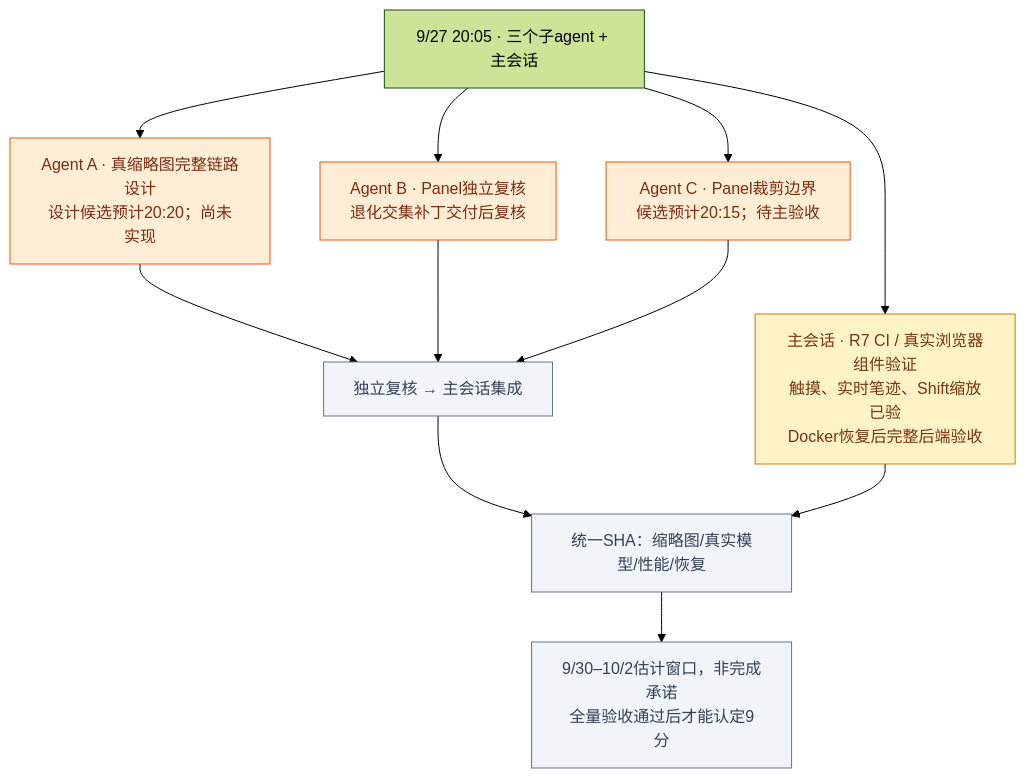
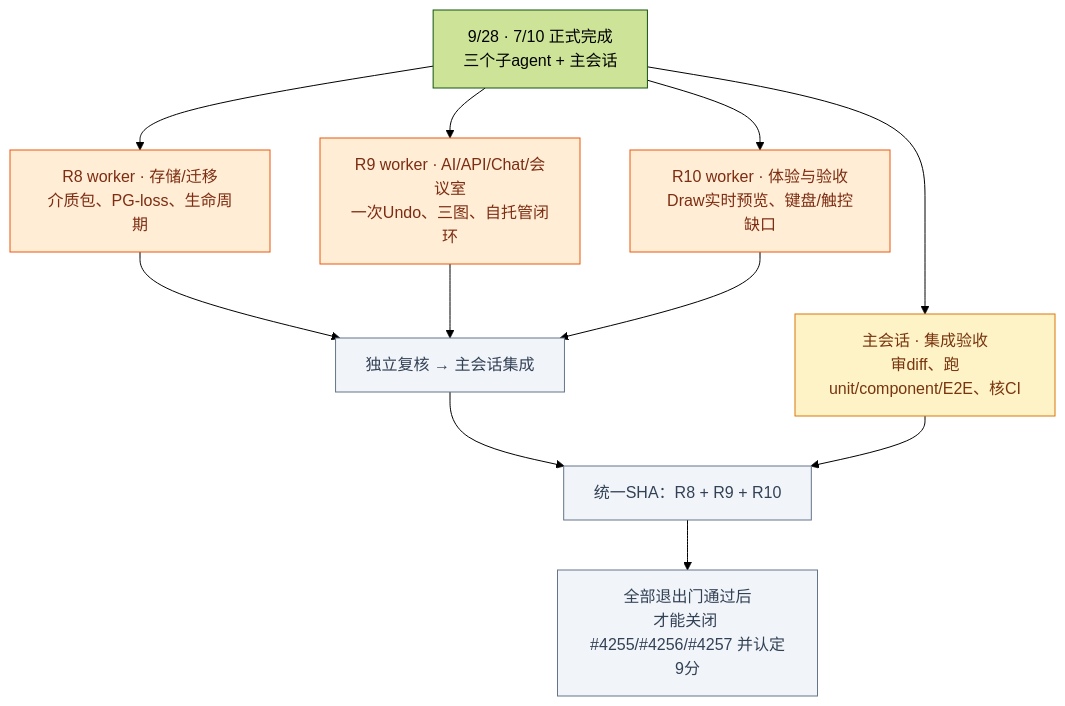
One commit to boardx/workspacex changed the second of 4 diagrams in phases/phase-19-board-visual-workspace/design-deltas/2026-09-26-unified-board-plan.md. Above: the diagram before and after it, drawn with Mermaid (forest theme). The commit also changed other lines of this file, not shown here.

````diff
--- a/phases/phase-19-board-visual-workspace/design-deltas/2026-09-26-unified-board-plan.md
+++ b/phases/phase-19-board-visual-workspace/design-deltas/2026-09-26-unified-board-plan.md
@@ -83,16 +66,16 @@
 ```mermaid
 flowchart TB
-  START["9/27 20:05 · 三个子agent + 主会话"] --> A["Agent A · 真缩略图完整链路设计<br/>设计候选预计20:20；尚未实现"]:::active
-  START --> B["Agent B · Panel独立复核<br/>退化交集补丁交付后复核"]:::active
-  START --> C["Agent C · Panel裁剪边界<br/>候选预计20:15；待主验收"]:::active
-  START --> M["主会话 · R7 CI / 真实浏览器组件验证<br/>触摸、实时笔迹、Shift缩放已验<br/>Docker恢复后完整后端验收"]:::testing
+  START["9/28 · 7/10 正式完成<br/>三个子agent + 主会话"] --> A["R8 worker · 存储/迁移<br/>介质包、PG-loss、生命周期"]:::active
+  START --> B["R9 worker · AI/API/Chat/会议室<br/>一次Undo、三图、自托管闭环"]:::active
+  START --> C["R10 worker · 体验与验收<br/>Draw实时预览、键盘/触控缺口"]:::active
+  START --> M["主会话 · 集成验收<br/>审diff、跑unit/component/E2E、核CI"]:::testing
   A --> REVIEW["独立复核 → 主会话集成"]:::planned
   B --> REVIEW
   C --> REVIEW
-  REVIEW --> JOIN["统一SHA：缩略图/真实模型/性能/恢复"]:::planned
+  REVIEW --> JOIN["统一SHA：R8 + R9 + R10"]:::planned
   M --> JOIN
-  JOIN --> ACCEPT["9/30–10/2估计窗口，非完成承诺<br/>全量验收通过后才能认定9分"]:::planned
+  JOIN --> ACCEPT["全部退出门通过后<br/>才能关闭 #4255/#4256/#4257 并认定9分"]:::planned
   classDef active fill:#ffedd5,stroke:#ea580c,color:#7c2d12
   classDef testing fill:#fef3c7,stroke:#d97706,color:#78350f
   classDef planned fill:#f1f5f9,stroke:#64748b,color:#334155
 ```
````
